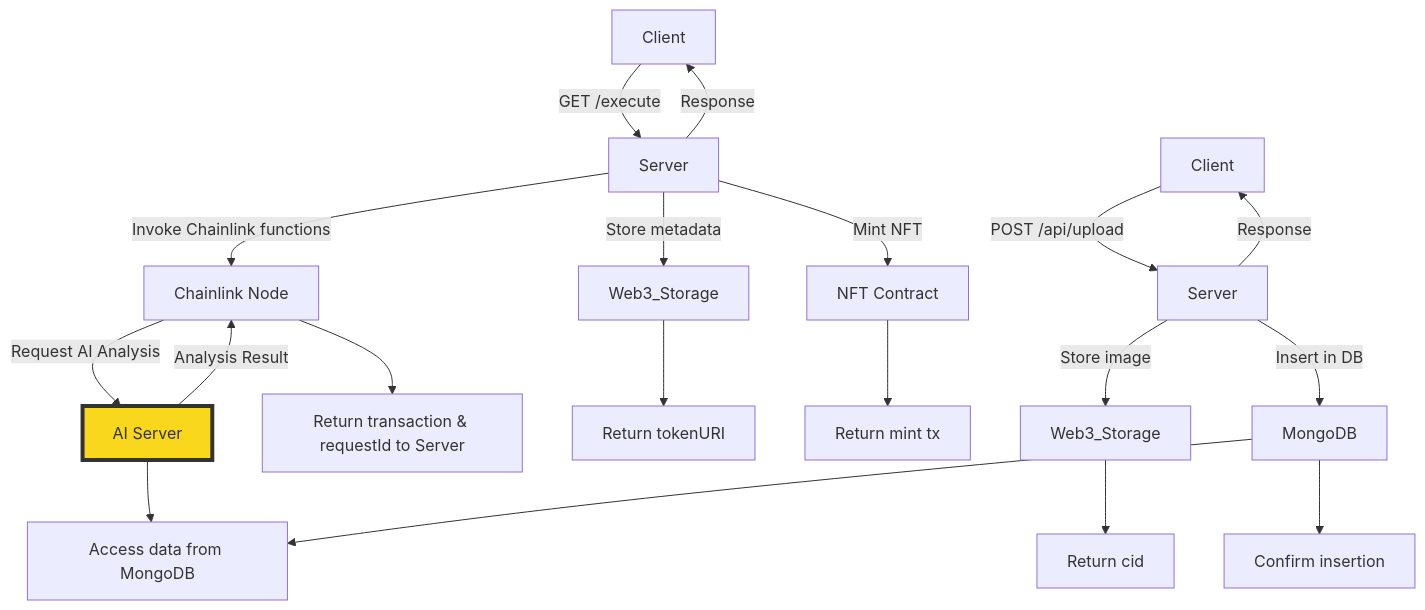
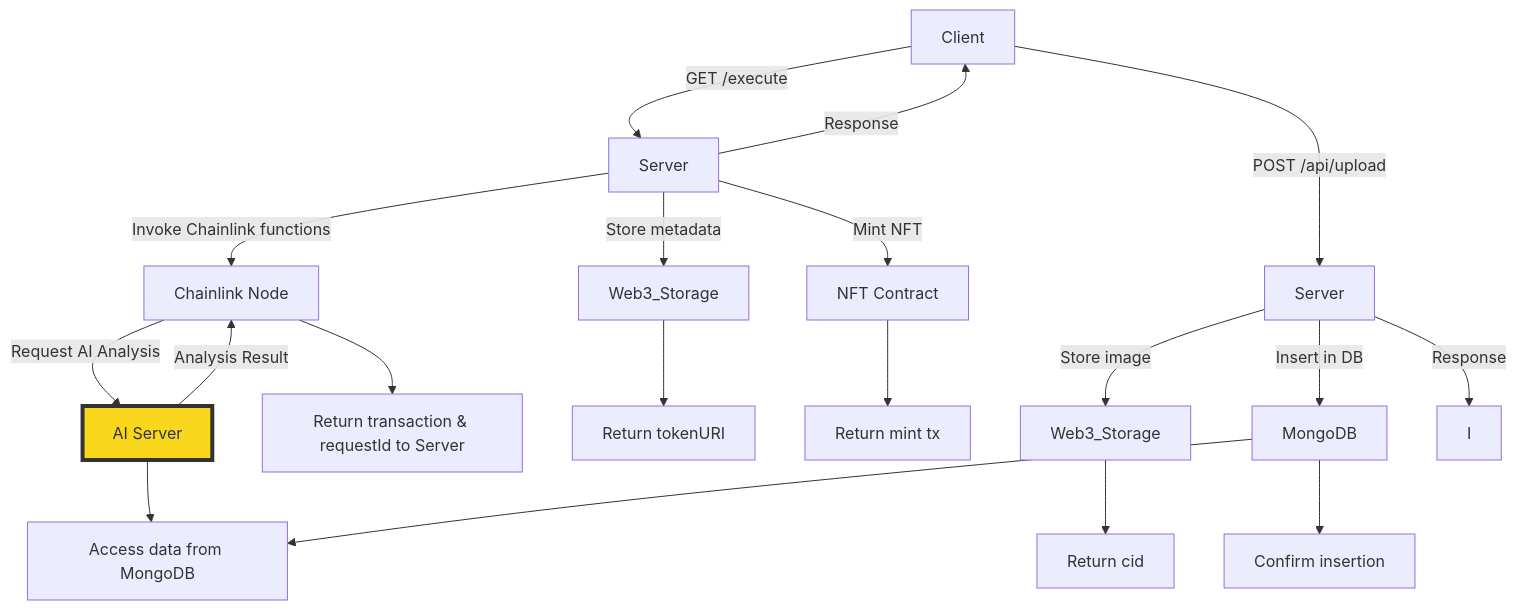
Before and after one commit to ByungHeonLEE/NoFakeChain: the first of 3 diagrams in README.md, drawn with Mermaid.

Commit message:
docs: fix mermaid

````diff
--- a/README.md
+++ b/README.md
@@ -8,25 +8,25 @@
 ``` mermaid
 graph TD
     A[Client] -->|GET /execute| B[Server]
     B -->|Invoke Chainlink functions| C[Chainlink Node]
     C -->|Request AI Analysis| O[AI Server]
     O -->|Analysis Result| C
     C --> D[Return transaction & requestId to Server]
     B -->|Store metadata| E[Web3_Storage]
     E --> F[Return tokenURI]
     B -->|Mint NFT| G[NFT Contract]
     G --> H[Return mint tx]
     B -->|Response| A
 
-    I[Client] -->|POST /api/upload| J[Server]
+    A[Client] -->|POST /api/upload| J[Server]
     J -->|Store image| K[Web3_Storage]
     K --> L[Return cid]
     J -->|Insert in DB| M[MongoDB]
     M --> N[Confirm insertion]
     J -->|Response| I
 
     O --> P[Access data from MongoDB]
     M --> P
 
     style O fill:#f9d71c,stroke:#333,stroke-width:4px
 ```
````
